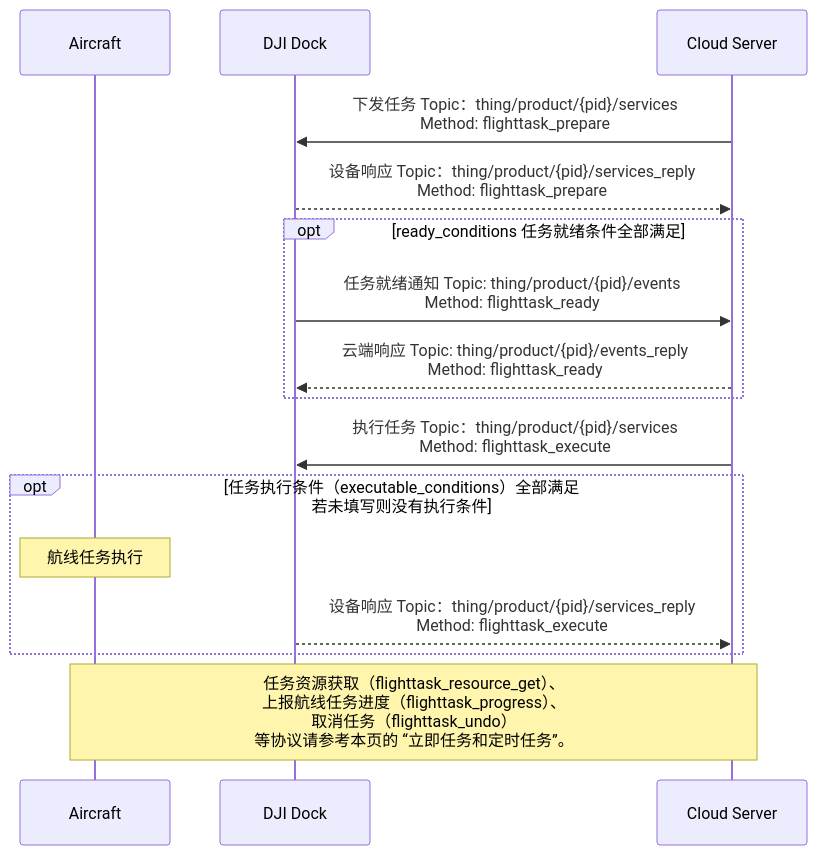
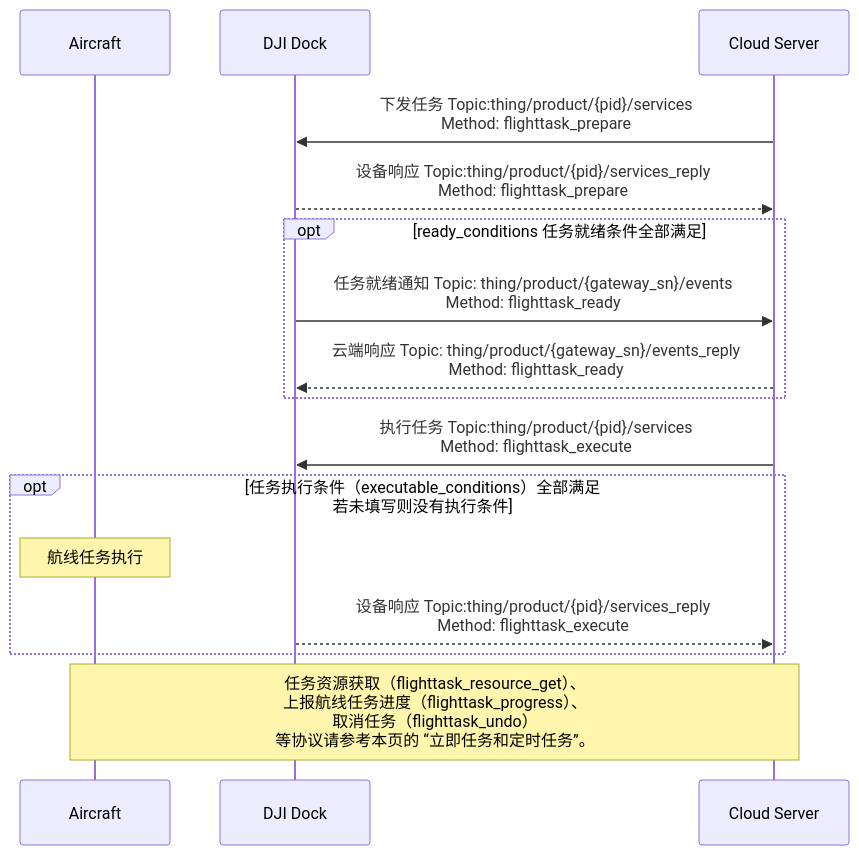
One commit to dji-sdk/Cloud-API-Doc changed the second of 2 diagrams in docs/cn/30.feature-set/20.dock-feature-set/50.dock-wayline-management.md. Above: the diagram before and after it, drawn with Mermaid. The commit also changed other lines of this file and 72 other files, not shown here.

````diff
--- a/docs/cn/30.feature-set/20.dock-feature-set/50.dock-wayline-management.md
+++ b/docs/cn/30.feature-set/20.dock-feature-set/50.dock-wayline-management.md
@@ -66,24 +66,24 @@
 ```mermaid
 sequenceDiagram
 
 participant object as Aircraft
 participant client as DJI Dock
 participant server as Cloud Server
 
-server ->> client: 下发任务 Topic：thing/product/{pid}/services<br/>Method: flighttask_prepare
-client -->> server: 设备响应 Topic：thing/product/{pid}/services_reply<br/>Method: flighttask_prepare
+server ->> client: 下发任务 Topic:thing/product/{pid}/services<br/>Method: flighttask_prepare
+client -->> server: 设备响应 Topic:thing/product/{pid}/services_reply<br/>Method: flighttask_prepare
 
 opt ready_conditions 任务就绪条件全部满足
-client ->> server: 任务就绪通知 Topic: thing/product/{pid}/events<br/>Method: flighttask_ready
-server -->> client: 云端响应 Topic: thing/product/{pid}/events_reply<br/>Method: flighttask_ready
+client ->> server: 任务就绪通知 Topic: thing/product/{gateway_sn}/events<br/>Method: flighttask_ready
+server -->> client: 云端响应 Topic: thing/product/{gateway_sn}/events_reply<br/>Method: flighttask_ready
 end
 
-server ->> client: 执行任务 Topic：thing/product/{pid}/services<br/>Method: flighttask_execute
+server ->> client: 执行任务 Topic:thing/product/{pid}/services<br/>Method: flighttask_execute
 opt 任务执行条件（executable_conditions）全部满足<br/>若未填写则没有执行条件
 note over object: 航线任务执行
-client -->> server: 设备响应 Topic：thing/product/{pid}/services_reply<br/>Method: flighttask_execute
+client -->> server: 设备响应 Topic:thing/product/{pid}/services_reply<br/>Method: flighttask_execute
 end
 
 note over object, server: 任务资源获取（flighttask_resource_get）、<br/>上报航线任务进度（flighttask_progress）、<br/>取消任务（flighttask_undo）<br/>等协议请参考本页的 “立即任务和定时任务”。
 
 ```
````
